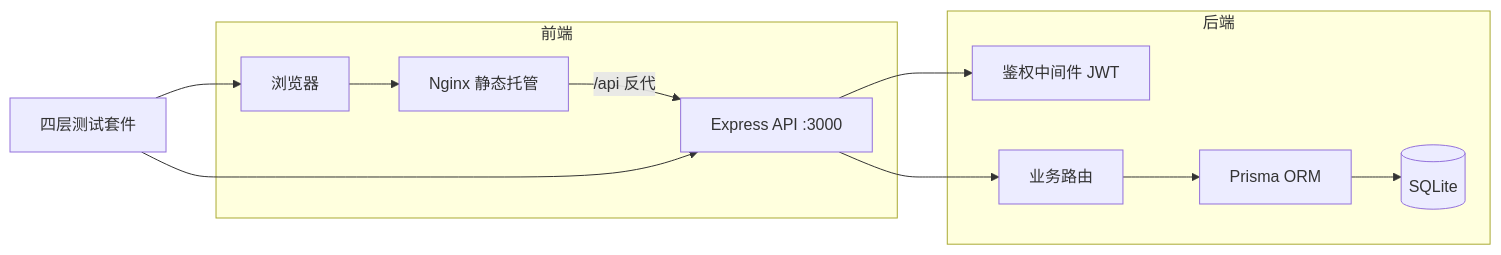
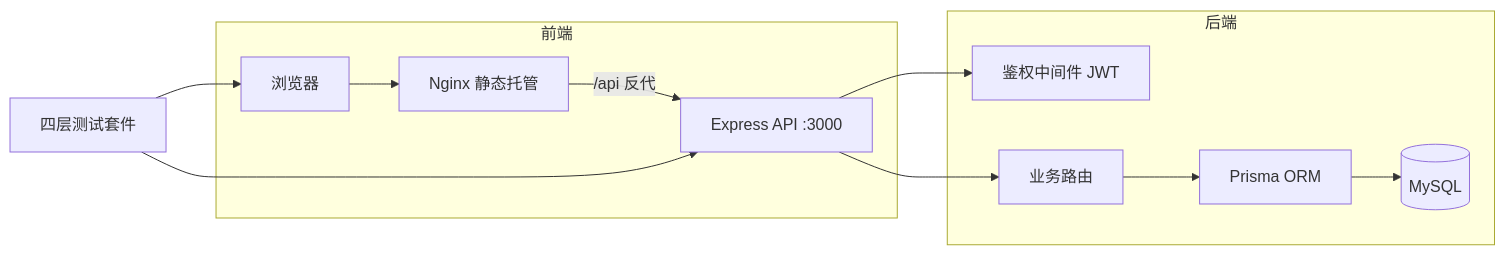
The diagram in README.md (QIUZI-HONG/MinSaasERP), drawn with Mermaid before and after one commit. The commit also changed other lines of this file and 4 other files, not shown here.

````diff
--- a/README.md
+++ b/README.md
@@ -33,15 +33,15 @@
 ```mermaid
 graph LR
     subgraph 前端
         Browser[浏览器] --> Nginx[Nginx 静态托管]
         Nginx -->|/api 反代| Backend
     end
     subgraph 后端
         Backend[Express API :3000] --> Auth[鉴权中间件 JWT]
         Backend --> Routes[业务路由]
         Routes --> Prisma[Prisma ORM]
-        Prisma --> DB[(SQLite)]
+        Prisma --> DB[(MySQL)]
     end
     Tests[四层测试套件] --> Backend
     Tests --> Browser
 ```
````
